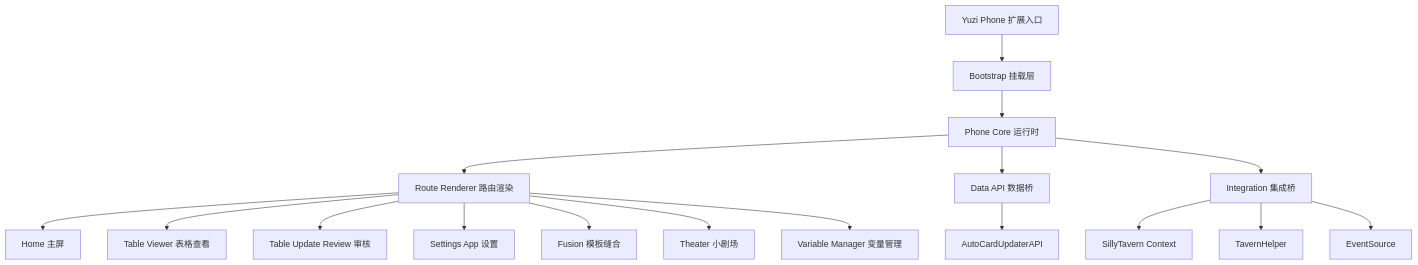
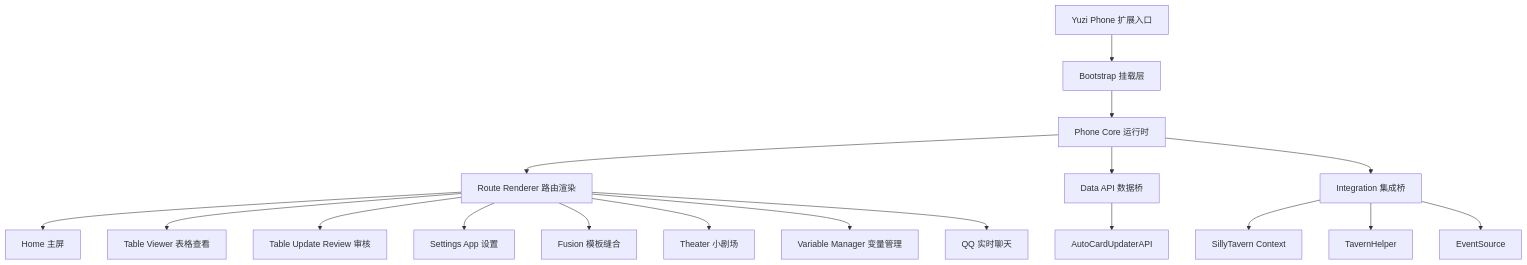
The first of 11 diagrams in docs/architecture-guide.md (mike020020/st-yuzi-phone), drawn with Mermaid before and after one commit. The commit also changed other lines of this file and 547 other files, not shown here.

````diff
--- a/docs/architecture-guide.md
+++ b/docs/architecture-guide.md
@@ -33,19 +33,20 @@
 ```mermaid
 graph TD
   A[Yuzi Phone 扩展入口] --> B[Bootstrap 挂载层]
   B --> C[Phone Core 运行时]
   C --> D[Route Renderer 路由渲染]
   D --> E[Home 主屏]
   D --> F[Table Viewer 表格查看]
   D --> G[Table Update Review 审核]
   D --> H[Settings App 设置]
   D --> I[Fusion 模板缝合]
   D --> J[Theater 小剧场]
   D --> Q[Variable Manager 变量管理]
+  D --> R[QQ 实时聊天]
   C --> K[Data API 数据桥]
   K --> L[AutoCardUpdaterAPI]
   C --> M[Integration 集成桥]
   M --> N[SillyTavern Context]
   M --> O[TavernHelper]
   M --> P[EventSource]
 ```
````
